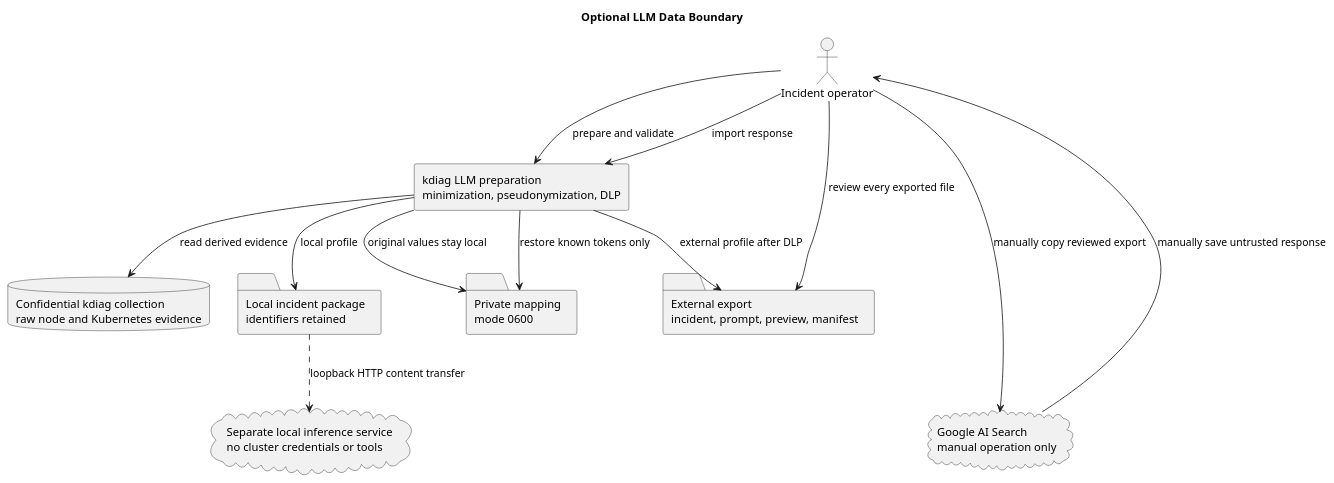
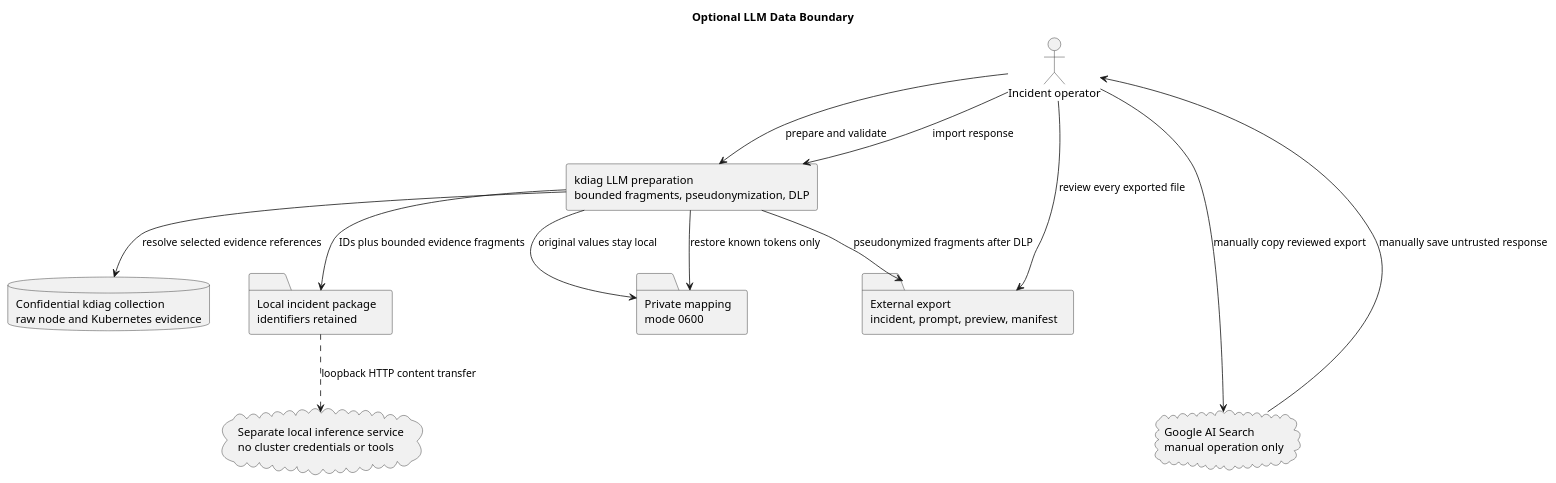
The diagram in diagramms/llm-data-boundary.puml (dtarasov7/k8s-check), drawn with PlantUML before and after one commit. The commit also changed 27 other files, not shown here.

```diff
--- a/diagramms/llm-data-boundary.puml
+++ b/diagramms/llm-data-boundary.puml
@@ -1,32 +1,32 @@
 @startuml
 title Optional LLM Data Boundary
 
 skinparam componentStyle rectangle
 skinparam shadowing false
 
 actor "Incident operator" as Operator
 database "Confidential kdiag collection\nraw node and Kubernetes evidence" as Collection
-component "kdiag LLM preparation\nminimization, pseudonymization, DLP" as Kdiag
+component "kdiag LLM preparation\nbounded fragments, pseudonymization, DLP" as Kdiag
 folder "Local incident package\nidentifiers retained" as LocalPackage
 folder "External export\nincident, prompt, preview, manifest" as ExternalExport
 folder "Private mapping\nmode 0600" as TokenMap
 cloud "Separate local inference service\nno cluster credentials or tools" as LocalLLM
 cloud "Google AI Search\nmanual operation only" as Google
 
 Operator --> Kdiag : prepare and validate
-Kdiag --> Collection : read derived evidence
-Kdiag --> LocalPackage : local profile
+Kdiag --> Collection : resolve selected evidence references
+Kdiag --> LocalPackage : IDs plus bounded evidence fragments
 LocalPackage ..> LocalLLM : loopback HTTP content transfer
-Kdiag --> ExternalExport : external profile after DLP
+Kdiag --> ExternalExport : pseudonymized fragments after DLP
 Kdiag --> TokenMap : original values stay local
 Operator --> ExternalExport : review every exported file
 Operator --> Google : manually copy reviewed export
 Google --> Operator : manually save untrusted response
 Operator --> Kdiag : import response
 Kdiag --> TokenMap : restore known tokens only
 
 TokenMap -[hidden]-> Google
 note on link
   Forbidden transfer
 end note
 @enduml
```
